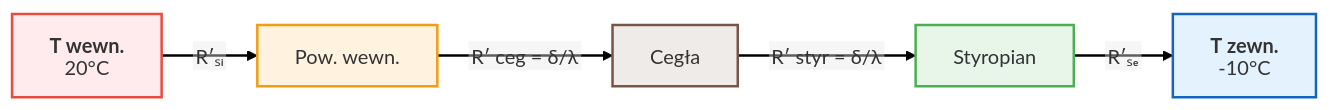
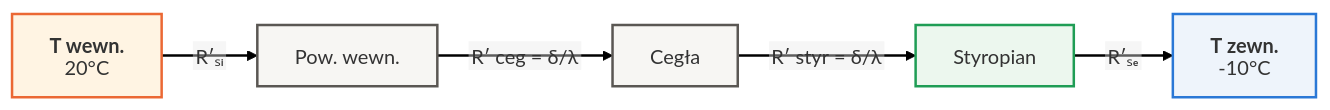
One commit to moondec/Termodynamika changed the second of 2 diagrams in Wyklady/14_Wymiana_Ciepla.qmd. Above: the diagram before and after it, drawn with Mermaid. The commit also changed other lines of this file and 229 other files, not shown here.

````diff
--- a/Wyklady/14_Wymiana_Ciepla.qmd
+++ b/Wyklady/14_Wymiana_Ciepla.qmd
@@ -149,19 +145,19 @@
 ```{mermaid}
 %%| fig-align: center
 
 %%{init: {'theme': 'default', 'flowchart': {'htmlLabels': false, 'wrappingWidth': 400, 'subGraphTitleMargin': {'top': 6, 'bottom': 16}}, 'themeVariables': {'fontSize': '16px', 'fontFamily': 'Arial, Helvetica, sans-serif'}, 'htmlLabels': false}}%%
 flowchart LR
     T1["`**T wewn.**
 20°C`"] -->|"R′ₛᵢ"| A["Pow. wewn."]
     A -->|"R′ ceg = δ/λ"| B["Cegła"]
     B -->|"R′ styr = δ/λ"| C["Styropian"]
     C -->|"R′ₛₑ"| T2["`**T zewn.**
 -10°C`"]
-    
-    style T1 fill:#ffebee,stroke:#e74c3c,stroke-width:2px
-    style A fill:#fff3e0,stroke:#f39c12,stroke-width:2px
-    style B fill:#efebe9,stroke:#795548,stroke-width:2px
-    style C fill:#e8f5e9,stroke:#4caf50,stroke-width:2px
-    style T2 fill:#e3f2fd,stroke:#1565c0,stroke-width:2px
+
+    style T1 fill:#fff4e3,stroke:#eb6834,stroke-width:2px
+    style A fill:#f7f6f3,stroke:#5a5753,stroke-width:2px
+    style B fill:#f7f6f3,stroke:#5a5753,stroke-width:2px
+    style C fill:#ecf7ee,stroke:#1f9d55,stroke-width:2px
+    style T2 fill:#eef4fb,stroke:#2a78d6,stroke-width:2px
     linkStyle default stroke-width:2px,fill:none,stroke:black
 ```
````
